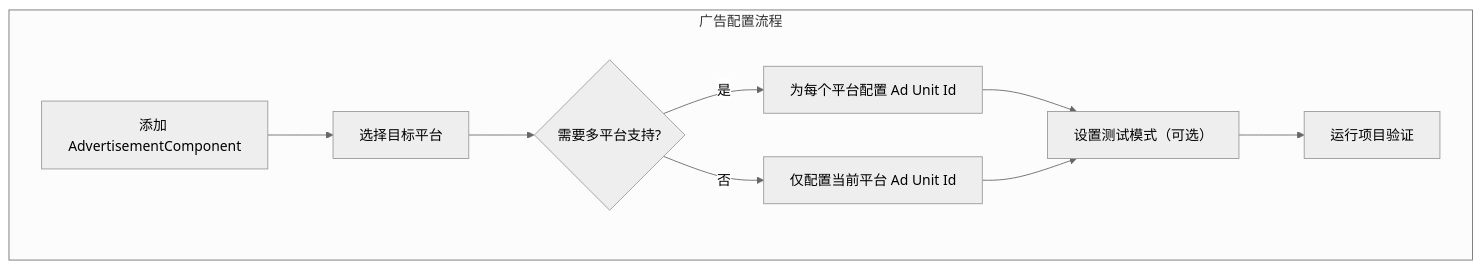
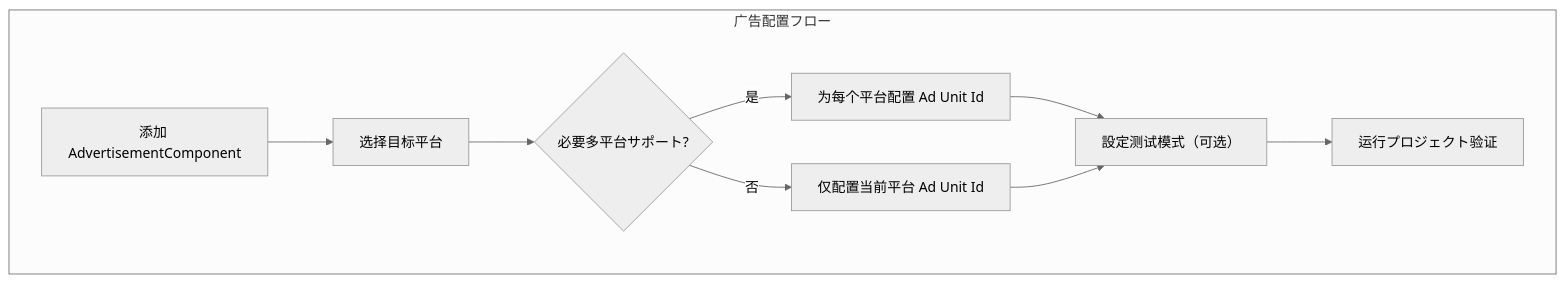
The second of 2 diagrams in docs/ja/client/unity/component/advertisement/02.installation.md (AlianBlank/GameFrameX.Docs), drawn with Mermaid (neutral theme) before and after one commit. The commit also changed other lines of this file and 603 other files, not shown here.

````diff
--- a/docs/ja/client/unity/component/advertisement/02.installation.md
+++ b/docs/ja/client/unity/component/advertisement/02.installation.md
@@ -138,12 +138,12 @@
 ```mermaid
 flowchart TD
-    subgraph Configuration["广告配置流程"]
+    subgraph Configuration["广告配置フロー"]
         A[添加 AdvertisementComponent] --> B[选择目标平台]
-        B --> C{需要多平台支持?}
+        B --> C{必要多平台サポート?}
         C -->|是| D[为每个平台配置 Ad Unit Id]
         C -->|否| E[仅配置当前平台 Ad Unit Id]
-        D --> F[设置测试模式（可选）]
+        D --> F[設定测试模式（可选）]
         E --> F
-        F --> G[运行项目验证]
+        F --> G[运行プロジェクト验证]
     end
 ```
````
